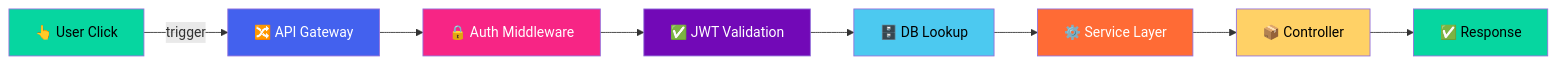
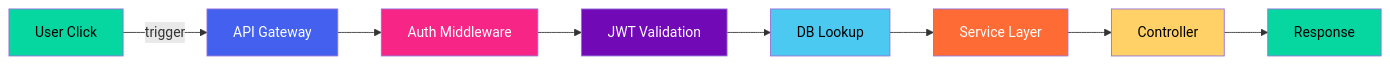
Before and after one commit to STIWARTs/AutoDev-AI: the fifth of 14 diagrams in README.md, drawn with Mermaid. The commit also changed other lines of this file, not shown here.

Commit message:
docs: fix mermaid parse errors - remove emojis from diagrams, fix S3 style typo

````diff
--- a/README.md
+++ b/README.md
@@ -398,19 +398,19 @@
 ```mermaid
 graph LR
-    A["👆 User Click"] -->|trigger| B["🔀 API Gateway"]
-    B --> C["🔒 Auth Middleware"]
-    C --> D["✅ JWT Validation"]
-    D --> E["🗄️ DB Lookup"]
-    E --> F["⚙️ Service Layer"]
-    F --> G["📦 Controller"]
-    G --> H["✅ Response"]
+    A["User Click"] -->|trigger| B["API Gateway"]
+    B --> C["Auth Middleware"]
+    C --> D["JWT Validation"]
+    D --> E["DB Lookup"]
+    E --> F["Service Layer"]
+    F --> G["Controller"]
+    G --> H["Response"]
 
     style A fill:#06D6A0,color:#000
     style B fill:#4361EE,color:#fff
     style C fill:#F72585,color:#fff
     style D fill:#7209B7,color:#fff
     style E fill:#4CC9F0,color:#000
     style F fill:#FF6B35,color:#fff
     style G fill:#FFD166,color:#000
     style H fill:#06D6A0,color:#000
 ```
````
